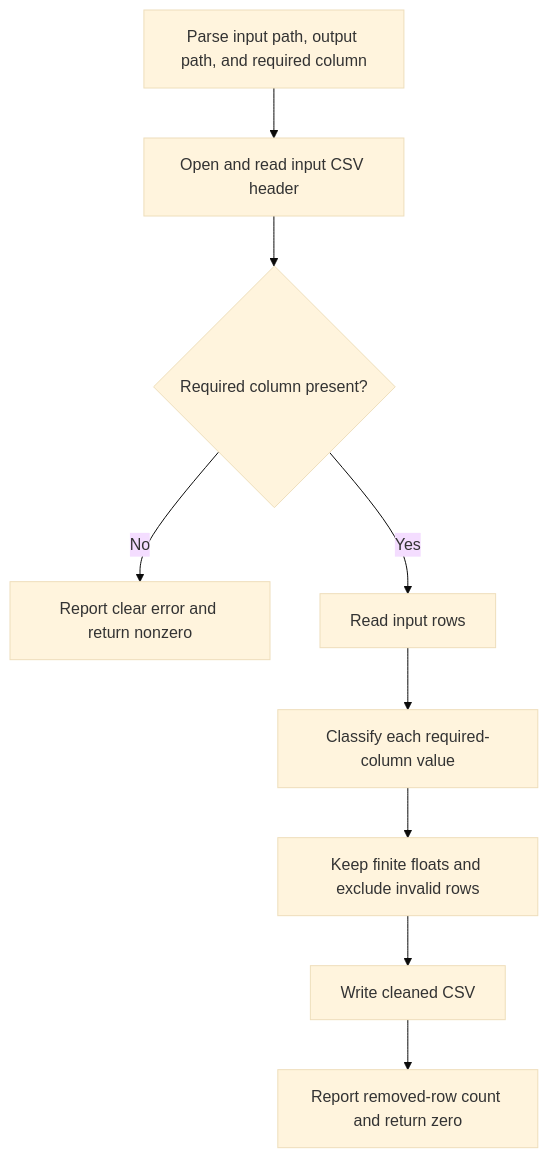
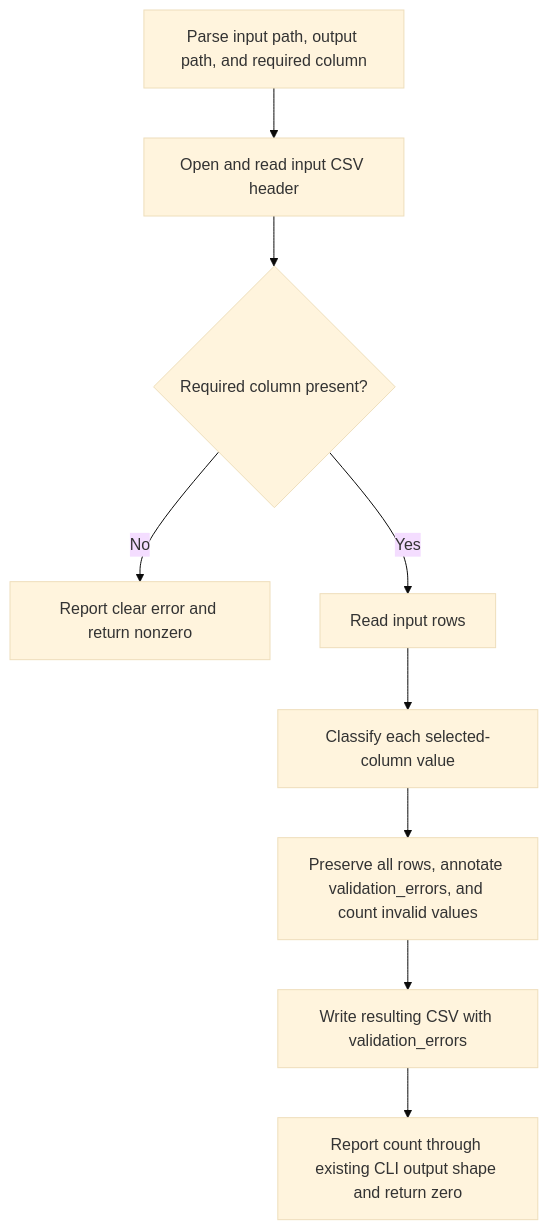
Before and after one commit to ecarrenolozano/research-csv-cleaner: the diagram in sdlc_docs/02_architecture/containers/cli-application/code-level.md, drawn with Mermaid (base theme). The commit also changed other lines of this file and 8 other files, not shown here.

````diff
--- a/sdlc_docs/02_architecture/containers/cli-application/code-level.md
+++ b/sdlc_docs/02_architecture/containers/cli-application/code-level.md
@@ -26,11 +29,11 @@
 ```mermaid
 flowchart TD
     A[Parse input path, output path, and required column] --> B[Open and read input CSV header]
     B --> C{Required column present?}
     C -- No --> D[Report clear error and return nonzero]
     C -- Yes --> E[Read input rows]
-    E --> F[Classify each required-column value]
-    F --> G[Keep finite floats and exclude invalid rows]
-    G --> H[Write cleaned CSV]
-    H --> I[Report removed-row count and return zero]
+    E --> F[Classify each selected-column value]
+    F --> G[Preserve all rows, annotate validation_errors, and count invalid values]
+    G --> H[Write resulting CSV with validation_errors]
+    H --> I[Report count through existing CLI output shape and return zero]
 ```
````
